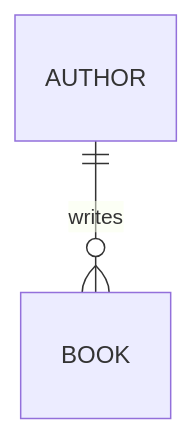
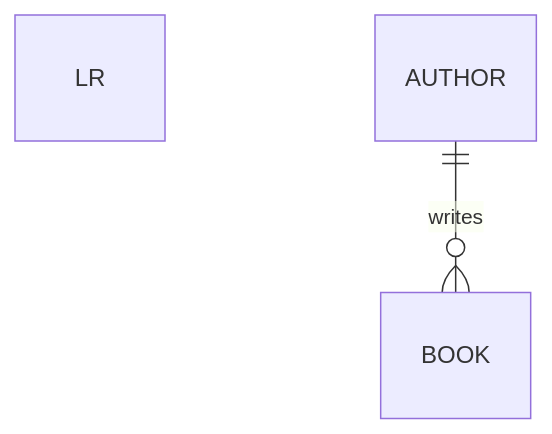
The diagram in docs/erd-diagram.md (irasbheri/techmart-pipeline-1101), drawn with Mermaid before and after one commit.

````diff
--- a/docs/erd-diagram.md
+++ b/docs/erd-diagram.md
@@ -3,4 +3,4 @@
 ```mermaid
-erDiagram
+erDiagram LR
     AUTHOR ||--o{ BOOK : writes
 ```
````
